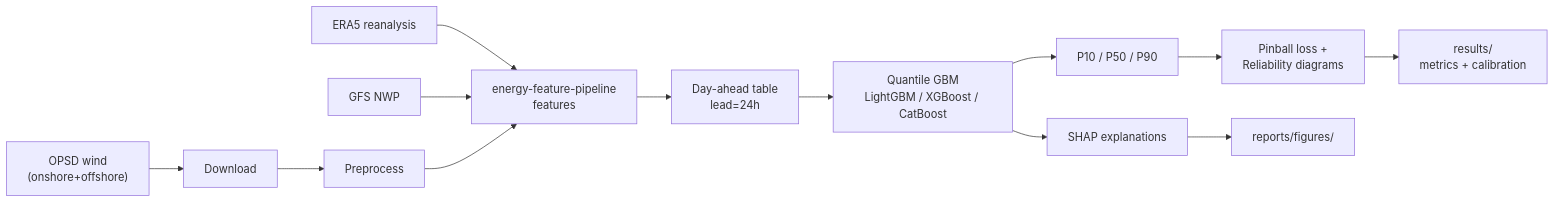
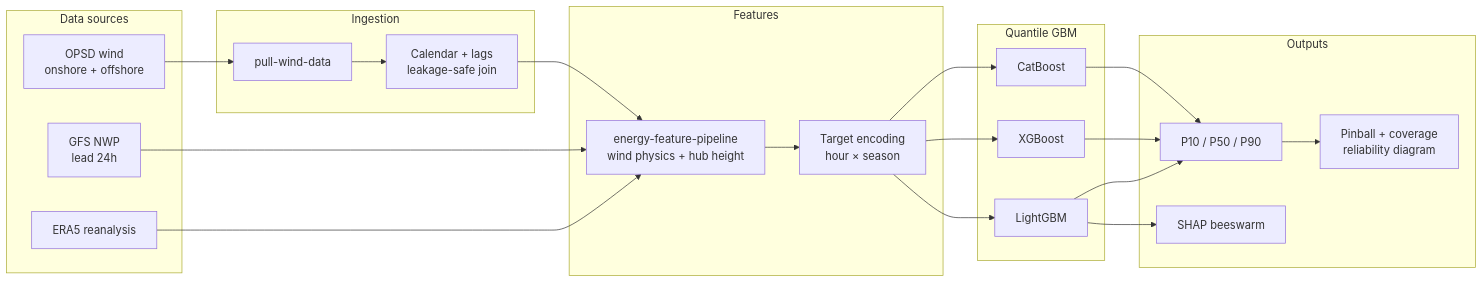
The diagram in README.md (mehmetertac/wind-quantile-forecast-), drawn with Mermaid before and after one commit. The commit also changed other lines of this file and 6 other files, not shown here.

First line of the commit message:
Finalize README for v0.1.0 with calibration and SHAP figures.

````diff
--- a/README.md
+++ b/README.md
@@ -81,15 +89,45 @@
 ```mermaid
 flowchart LR
-    OPSD["OPSD wind\n(onshore+offshore)"] --> Download
-    ERA5["ERA5 reanalysis"] --> Features
-    NWP["GFS NWP"] --> Features
+    subgraph sources["Data sources"]
+        OPSD["OPSD wind\nonshore + offshore"]
+        ERA5["ERA5 reanalysis"]
+        NWP["GFS NWP\nlead 24h"]
+    end
+
+    subgraph ingest["Ingestion"]
+        Download["pull-wind-data"]
+        Preprocess["Calendar + lags\nleakage-safe join"]
+    end
+
+    subgraph features["Features"]
+        EFP["energy-feature-pipeline\nwind physics + hub height"]
+        TE["Target encoding\nhour × season"]
+    end
+
+    subgraph model["Quantile GBM"]
+        LGBM["LightGBM"]
+        XGB["XGBoost"]
+        CB["CatBoost"]
+    end
+
+    subgraph outputs["Outputs"]
+        Q["P10 / P50 / P90"]
+        Eval["Pinball + coverage\nreliability diagram"]
+        SHAP["SHAP beeswarm"]
+    end
+
+    OPSD --> Download
+    ERA5 --> EFP
+    NWP --> EFP
     Download --> Preprocess
-    Preprocess --> Features["energy-feature-pipeline\nfeatures"]
-    Features --> DayAhead["Day-ahead table\nlead=24h"]
-    DayAhead --> Train["Quantile GBM\nLightGBM / XGBoost / CatBoost"]
-    Train --> Predict["P10 / P50 / P90"]
-    Predict --> Eval["Pinball loss +\nReliability diagrams"]
-    Train --> SHAP["SHAP explanations"]
-    Eval --> Results["results/\nmetrics + calibration"]
-    SHAP --> Reports["reports/figures/"]
+    Preprocess --> EFP
+    EFP --> TE
+    TE --> LGBM
+    TE --> XGB
+    TE --> CB
+    LGBM --> Q
+    XGB --> Q
+    CB --> Q
+    Q --> Eval
+    LGBM --> SHAP
 ```
````
